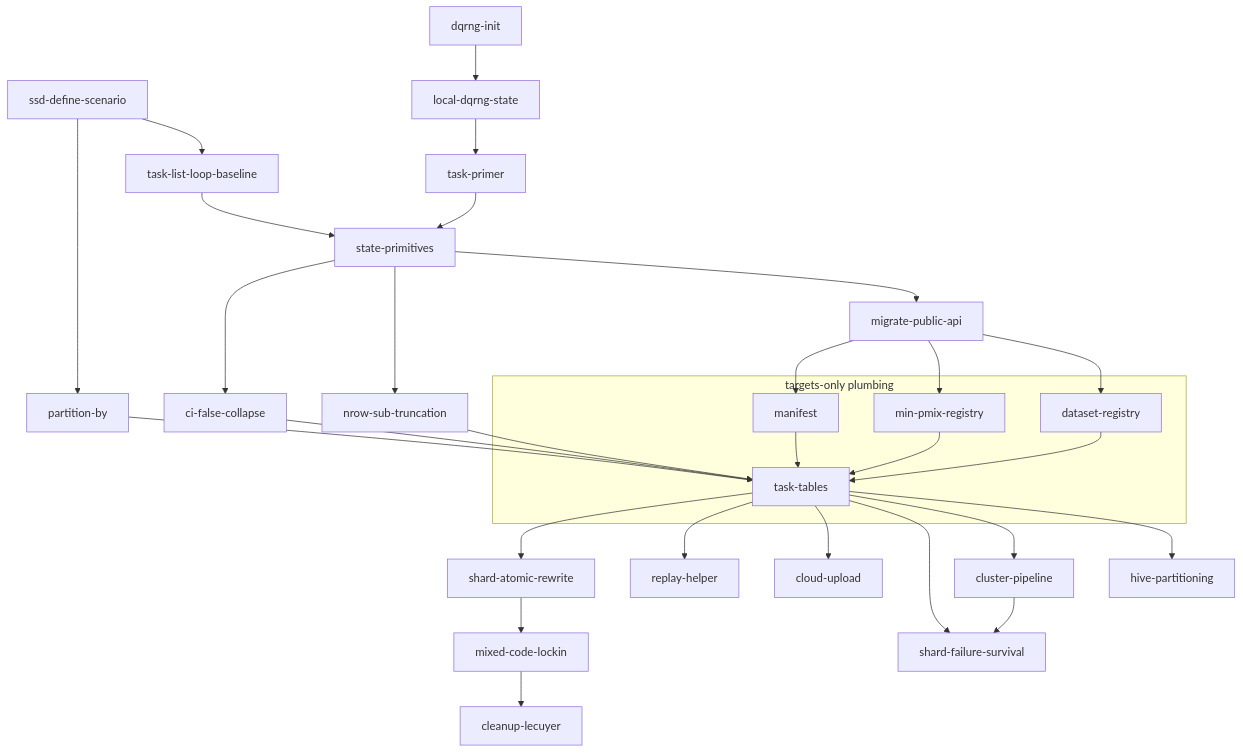
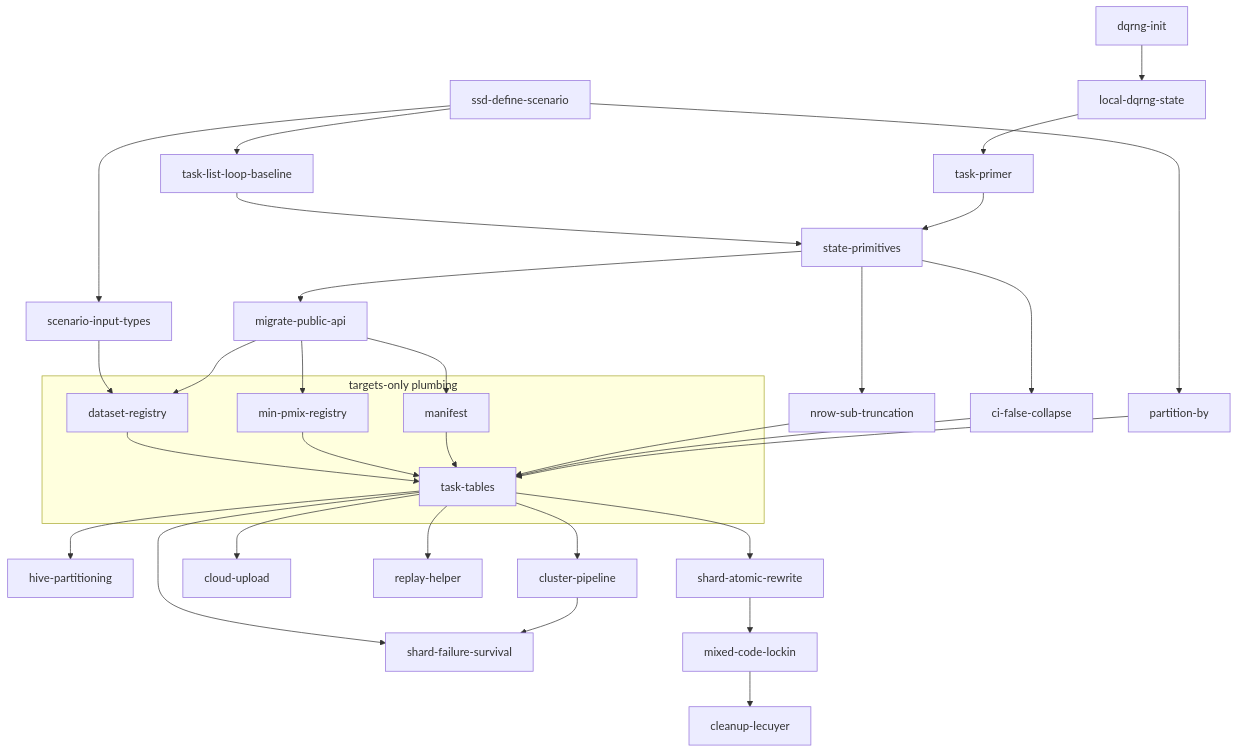
Before and after one commit to poissonconsulting/ssdsims: the diagram in TARGETS-DESIGN.md, drawn with Mermaid. The commit also changed other lines of this file and 14 other files, not shown here.

Commit message:
feat: add declarative `ssd_define_scenario()` and `ssd_data()` (#71)

````diff
--- a/TARGETS-DESIGN.md
+++ b/TARGETS-DESIGN.md
@@ -1720,61 +1744,64 @@
 ```mermaid
 flowchart TD
     define[ssd-define-scenario]
+    inputs[scenario-input-types]
     baseline[task-list-loop-baseline]
     dqinit[dqrng-init]
     dqstate[local-dqrng-state]
     primer[task-primer]
     prims[state-primitives]
     migrate[migrate-public-api]
     nrow[nrow-sub-truncation]
     ci[ci-false-collapse]
     partby[partition-by]
 
     subgraph targets [targets-only plumbing]
         dsreg[dataset-registry]
         pmreg[min-pmix-registry]
         manif[manifest]
         tt[task-tables]
         dsreg --> tt
         pmreg --> tt
         manif --> tt
     end
 
     hive[hive-partitioning]
     cluster[cluster-pipeline]
     survive[shard-failure-survival]
     cloud[cloud-upload]
     replay[replay-helper]
     rewrite[shard-atomic-rewrite]
     lockin[mixed-code-lockin]
     cleanup[cleanup-lecuyer]
 
     define --> baseline
     define --> partby
+    define --> inputs
+    inputs --> dsreg
     dqinit --> dqstate
     dqstate --> primer
     baseline --> prims
     primer --> prims
 
     prims --> migrate
     prims --> nrow
     prims --> ci
 
     migrate --> dsreg
     migrate --> pmreg
     migrate --> manif
     nrow --> tt
     ci --> tt
     partby --> tt
 
     tt --> hive
     tt --> cluster
     tt --> survive
     tt --> cloud
     tt --> replay
     tt --> rewrite
 
     cluster --> survive
     rewrite --> lockin
     lockin --> cleanup
 ```
````
